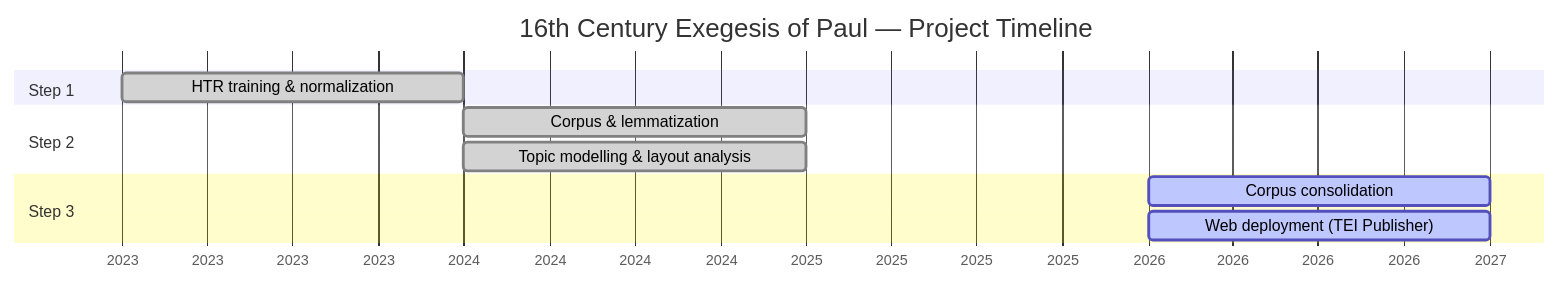
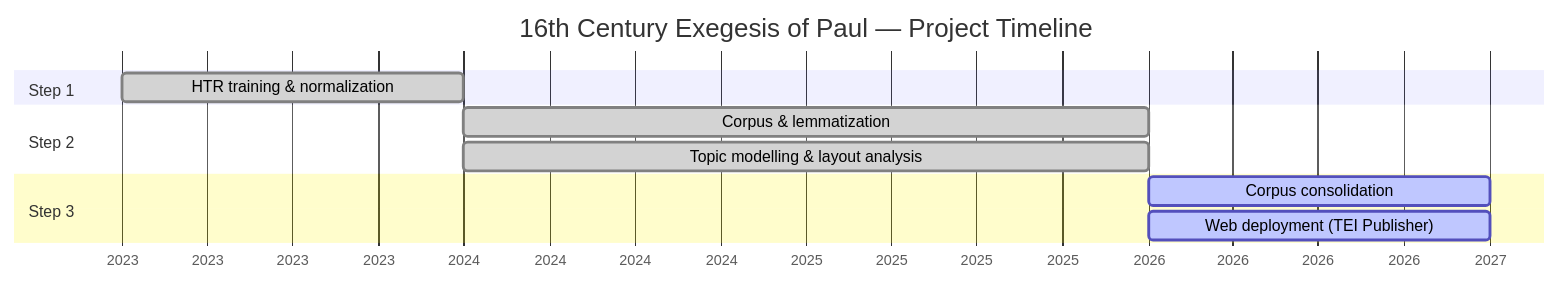
One commit to RRP-Reading-the-Sources-DH/.github changed the second of 2 diagrams in profile/README.md. Above: the diagram before and after it, drawn with Mermaid. The commit also changed other lines of this file, not shown here.

Commit message:
Update project timeline from 2025 to 2026

````diff
--- a/profile/README.md
+++ b/profile/README.md
@@ -173,17 +173,17 @@
 ```mermaid
 gantt
     title 16th Century Exegesis of Paul — Project Timeline
     dateFormat  YYYY
     axisFormat  %Y
 
     section Step 1
     HTR training & normalization        :done, a1, 2023, 2024
 
     section Step 2
-    Corpus & lemmatization               :done, a2, 2024, 2025
-    Topic modelling & layout analysis    :done, a3, 2024, 2025
+    Corpus & lemmatization               :done, a2, 2024, 2026
+    Topic modelling & layout analysis    :done, a3, 2024, 2026
 
     section Step 3
     Corpus consolidation                 :active, a4, 2026, 2027
     Web deployment (TEI Publisher)       :active, a5, 2026, 2027
 ```
````
